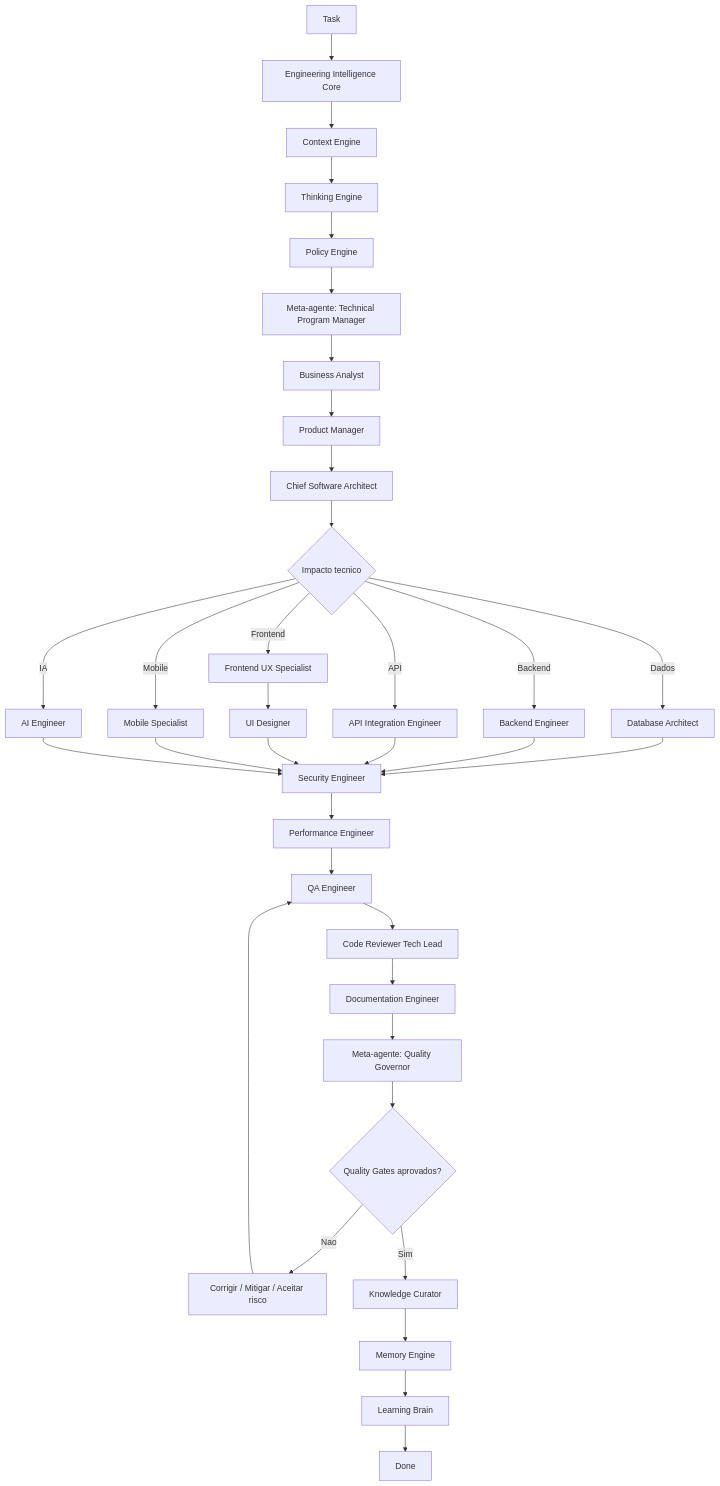
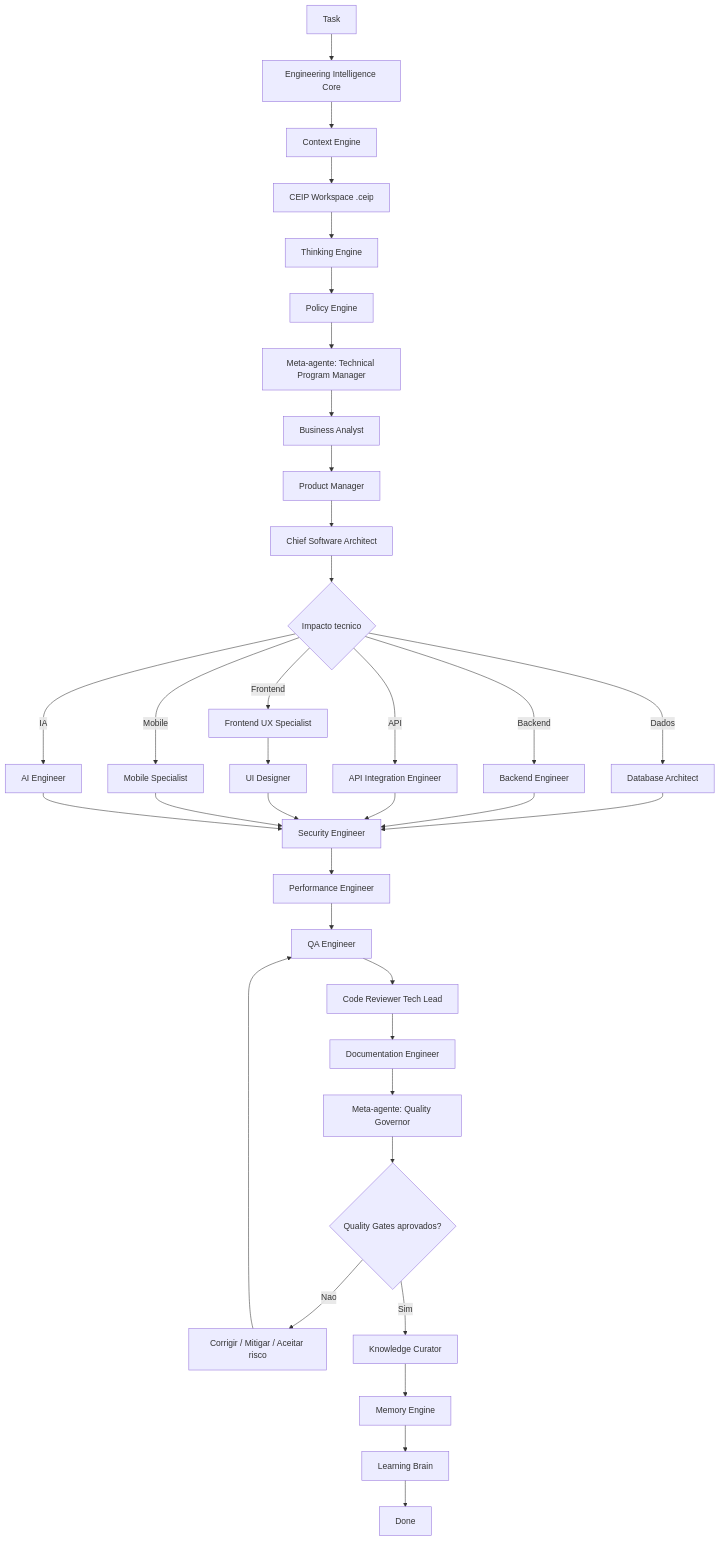
The diagram in ORCHESTRATOR.md (thyags/method-ceip), drawn with Mermaid before and after one commit. The commit also changed other lines of this file and 45 other files, not shown here.

Commit message:
Add CEIP Core Workspace architecture

````diff
--- a/ORCHESTRATOR.md
+++ b/ORCHESTRATOR.md
@@ -24,37 +29,38 @@
 ```mermaid
 flowchart TD
     A["Task"] --> A1["Engineering Intelligence Core"]
     A1 --> A2["Context Engine"]
-    A2 --> A3["Thinking Engine"]
+    A2 --> A2B["CEIP Workspace .ceip"]
+    A2B --> A3["Thinking Engine"]
     A3 --> A4["Policy Engine"]
     A4 --> B["Meta-agente: Technical Program Manager"]
     B --> C["Business Analyst"]
     C --> D["Product Manager"]
     D --> E["Chief Software Architect"]
     E --> F{"Impacto tecnico"}
     F -->|Dados| G["Database Architect"]
     F -->|Backend| H["Backend Engineer"]
     F -->|API| I["API Integration Engineer"]
     F -->|Frontend| J["Frontend UX Specialist"]
     J --> K["UI Designer"]
     F -->|Mobile| L["Mobile Specialist"]
     F -->|IA| M["AI Engineer"]
     G --> N["Security Engineer"]
     H --> N
     I --> N
     K --> N
     L --> N
     M --> N
     N --> O["Performance Engineer"]
     O --> P["QA Engineer"]
     P --> Q["Code Reviewer Tech Lead"]
     Q --> R["Documentation Engineer"]
     R --> S["Meta-agente: Quality Governor"]
     S --> T{"Quality Gates aprovados?"}
     T -->|Nao| U["Corrigir / Mitigar / Aceitar risco"]
     U --> P
     T -->|Sim| V["Knowledge Curator"]
     V --> V1["Memory Engine"]
     V1 --> V2["Learning Brain"]
     V2 --> W["Done"]
 ```
````
